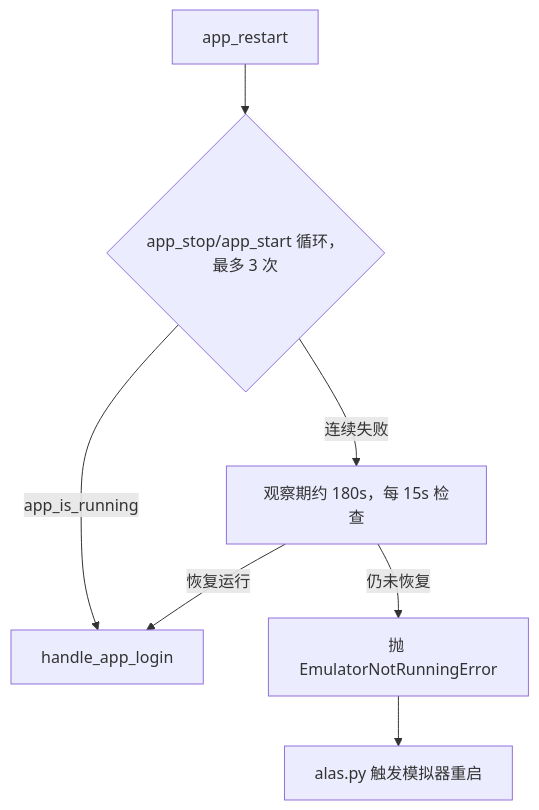
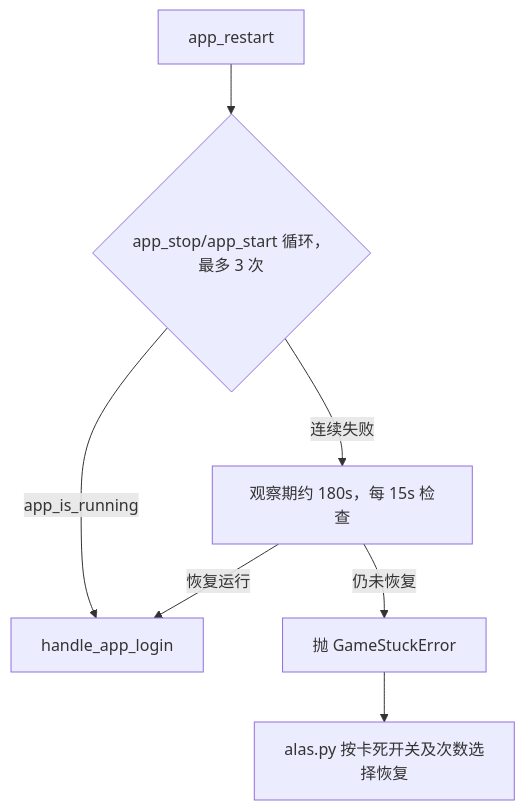
The second of 2 diagrams in docs/modules/handler.md (Beatrice-betty/AzurPilot), drawn with Mermaid before and after one commit. The commit also changed other lines of this file and 35 other files, not shown here.

````diff
--- a/docs/modules/handler.md
+++ b/docs/modules/handler.md
@@ -143,9 +143,9 @@
 ```mermaid
 flowchart TD
     A[app_restart] --> B{app_stop/app_start 循环，最多 3 次}
     B -- app_is_running --> D[handle_app_login]
     B -- 连续失败 --> E[观察期约 180s，每 15s 检查]
     E -- 恢复运行 --> D
-    E -- 仍未恢复 --> F[抛 EmulatorNotRunningError]
-    F --> G[alas.py 触发模拟器重启]
+    E -- 仍未恢复 --> F[抛 GameStuckError]
+    F --> G[alas.py 按卡死开关及次数选择恢复]
 ```
````
